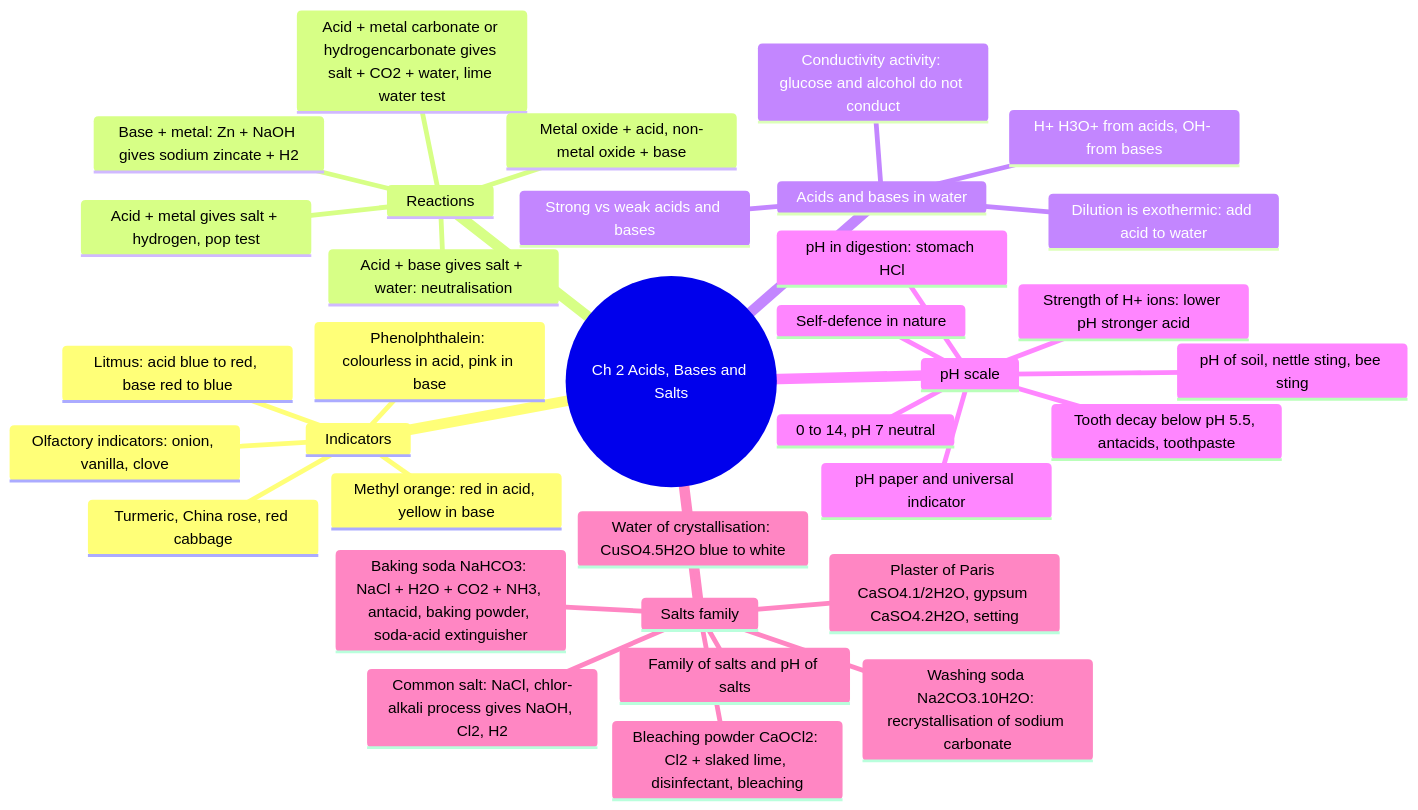
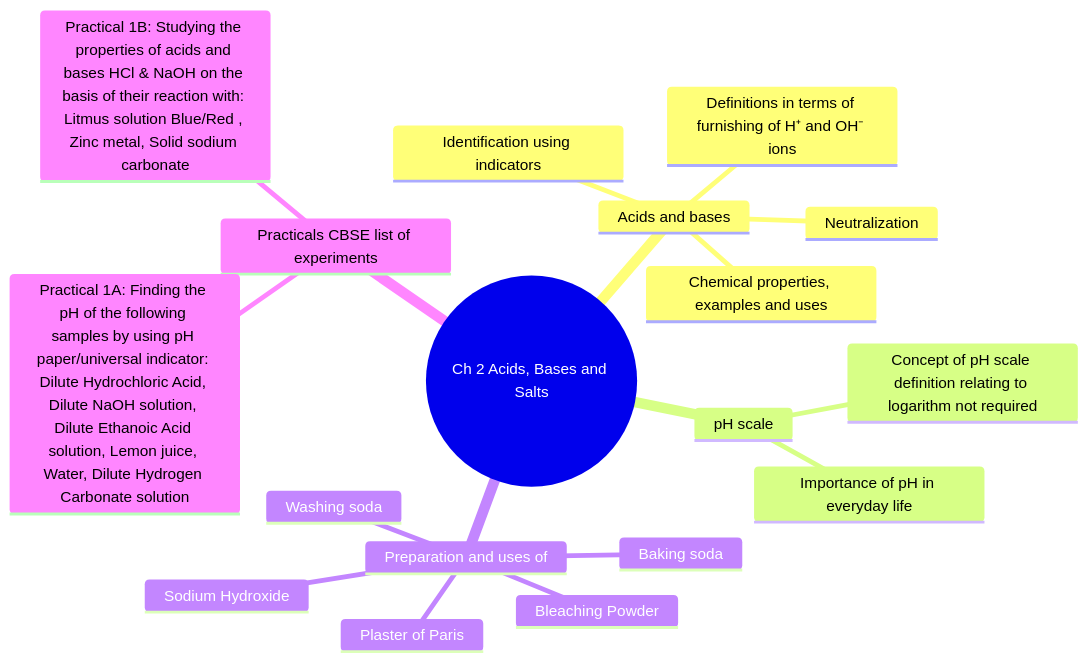
The diagram in docs/chapters/X-02-acids-bases-and-salts.md (anveshix/ifinite-horizon), drawn with Mermaid before and after one commit. The commit also changed other lines of this file and 22 other files, not shown here.

First line of the commit message:
fix(mindmap): rebuild Class X deep maps from the CBSE 2026-27 PDF; correct formative-only scope (Evolution, Motor/EMI/Generator only); add PDF-derived inventory

````diff
--- a/docs/chapters/X-02-acids-bases-and-salts.md
+++ b/docs/chapters/X-02-acids-bases-and-salts.md
@@ -5,37 +5,21 @@
 ```mermaid
 mindmap
   root((Ch 2 Acids, Bases and Salts))
-    Indicators
-      Litmus: acid blue to red, base red to blue
-      Phenolphthalein: colourless in acid, pink in base
-      Methyl orange: red in acid, yellow in base
-      Olfactory indicators: onion, vanilla, clove
-      Turmeric, China rose, red cabbage
-    Reactions
-      Acid + metal gives salt + hydrogen, pop test
-      Acid + metal carbonate or hydrogencarbonate gives salt + CO2 + water, lime water test
-      Acid + base gives salt + water: neutralisation
-      Metal oxide + acid, non-metal oxide + base
-      Base + metal: Zn + NaOH gives sodium zincate + H2
-    Acids and bases in water
-      H+ H3O+ from acids, OH- from bases
-      Dilution is exothermic: add acid to water
-      Strong vs weak acids and bases
-      Conductivity activity: glucose and alcohol do not conduct
+    Acids and bases
+      Definitions in terms of furnishing of H⁺ and OH⁻ ions
+      Identification using indicators
+      Chemical properties, examples and uses
+      Neutralization
     pH scale
-      0 to 14, pH 7 neutral
-      pH paper and universal indicator
-      Strength of H+ ions: lower pH stronger acid
-      pH in digestion: stomach HCl
-      Tooth decay below pH 5.5, antacids, toothpaste
-      pH of soil, nettle sting, bee sting
-      Self-defence in nature
-    Salts family
-      Family of salts and pH of salts
-      Common salt: NaCl, chlor-alkali process gives NaOH, Cl2, H2
-      Bleaching powder CaOCl2: Cl2 + slaked lime, disinfectant, bleaching
-      Baking soda NaHCO3: NaCl + H2O + CO2 + NH3, antacid, baking powder, soda-acid extinguisher
-      Washing soda Na2CO3.10H2O: recrystallisation of sodium carbonate
-      Plaster of Paris CaSO4.1/2H2O, gypsum CaSO4.2H2O, setting
-      Water of crystallisation: CuSO4.5H2O blue to white
+      Concept of pH scale definition relating to logarithm not required
+      Importance of pH in everyday life
+    Preparation and uses of
+      Sodium Hydroxide
+      Bleaching Powder
+      Baking soda
+      Washing soda
+      Plaster of Paris
+    Practicals CBSE list of experiments
+      Practical 1A: Finding the pH of the following samples by using pH paper/universal indicator: Dilute Hydrochloric Acid, Dilute NaOH solution, Dilute Ethanoic Acid solution, Lemon juice, Water, Dilute Hydrogen Carbonate solution
+      Practical 1B: Studying the properties of acids and bases HCl & NaOH on the basis of their reaction with: Litmus solution Blue/Red , Zinc metal, Solid sodium carbonate
 ```
````
